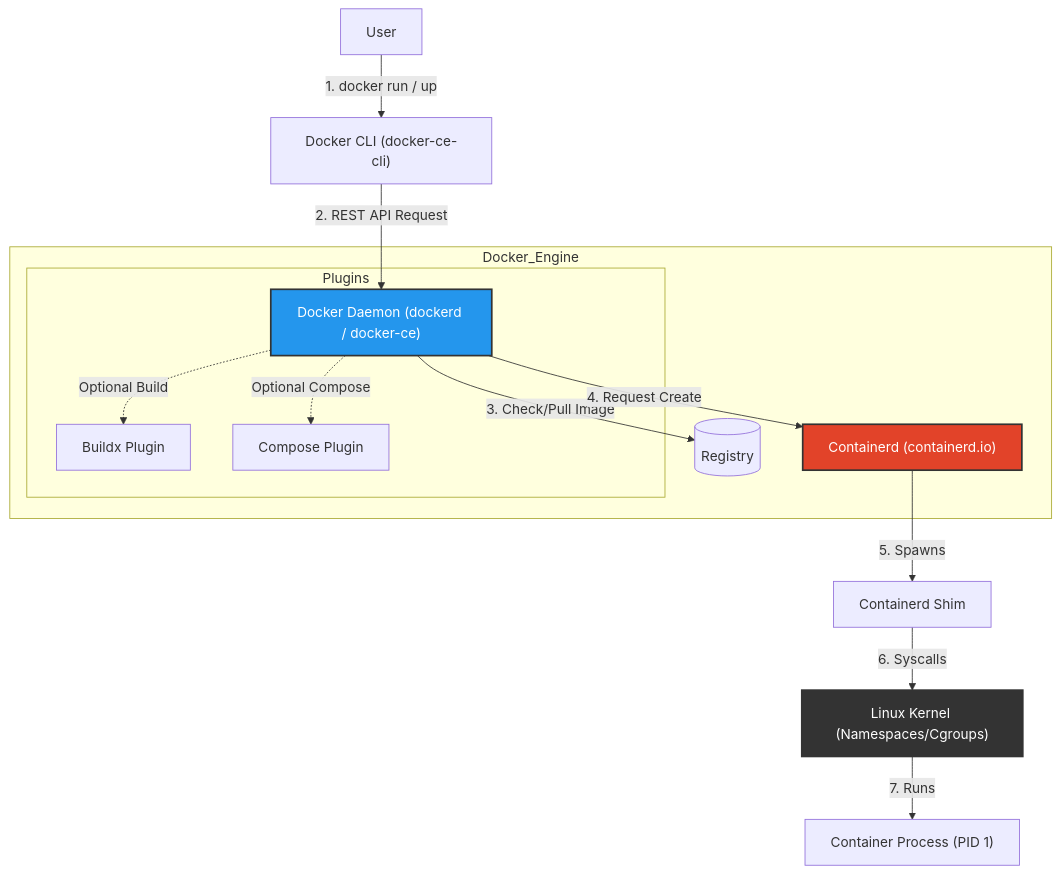
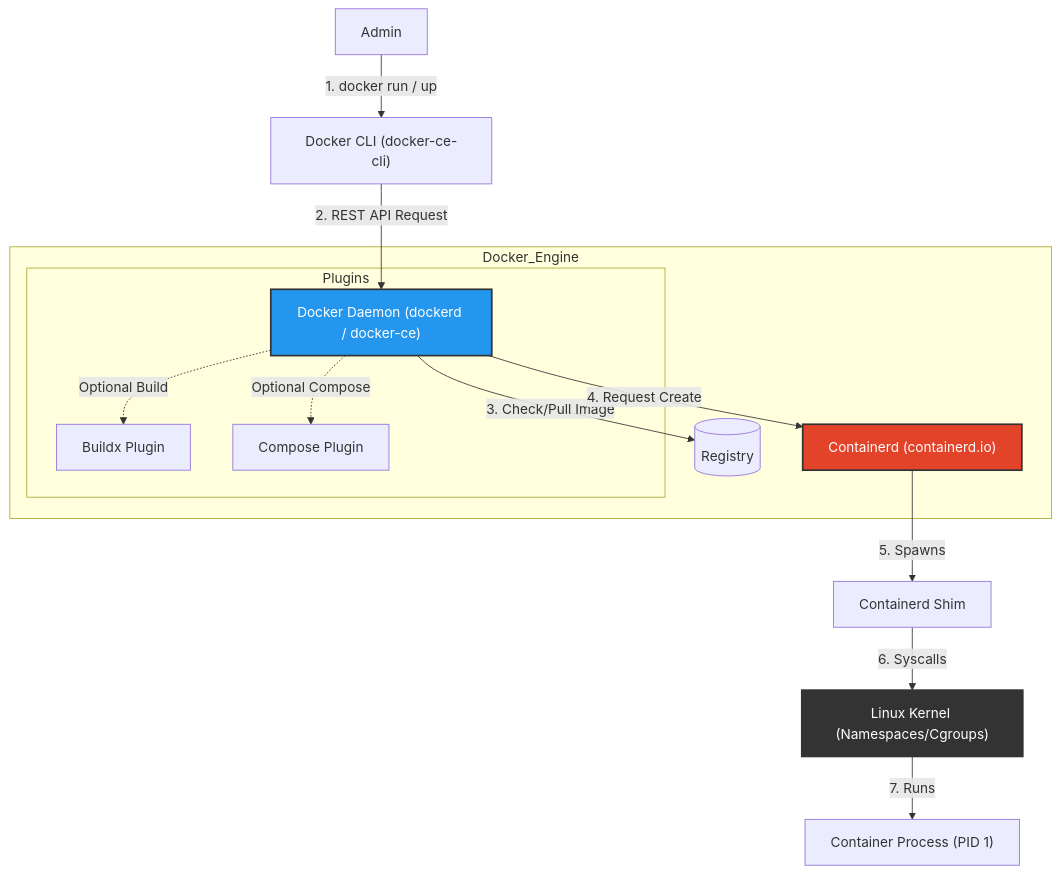
Before and after one commit to codeduy/devops-labs: the first of 3 diagrams in Docker/diagrams.md, drawn with Mermaid. The commit also changed other lines of this file, not shown here.

````diff
--- a/Docker/diagrams.md
+++ b/Docker/diagrams.md
@@ -1,23 +1,23 @@
 ```mermaid
 graph TD
-    User["User"] -->|"1. docker run / up"| CLI["Docker CLI (docker-ce-cli)"]
+    User["Admin"] -->|"1. docker run / up"| CLI["Docker CLI (docker-ce-cli)"]
     CLI -->|"2. REST API Request"| Daemon["Docker Daemon (dockerd / docker-ce)"]
     
     subgraph Docker_Engine
         Daemon -->|"3. Check/Pull Image"| ImageRegistry[("Registry")]
         Daemon -->|"4. Request Create"| Containerd["Containerd (containerd.io)"]
         
         subgraph Plugins
             Daemon -.->|"Optional Build"| Buildx["Buildx Plugin"]
             Daemon -.->|"Optional Compose"| Compose["Compose Plugin"]
         end
     end
     
     Containerd -->|"5. Spawns"| Shim["Containerd Shim"]
     Shim -->|"6. Syscalls"| Kernel["Linux Kernel (Namespaces/Cgroups)"]
     Kernel -->|"7. Runs"| Process["Container Process (PID 1)"]
 
     style Daemon fill:#2496ed,stroke:#333,stroke-width:2px,color:white
     style Containerd fill:#e24329,stroke:#333,stroke-width:2px,color:white
     style Kernel fill:#333,stroke:#333,stroke-width:2px,color:white
 ```
````
